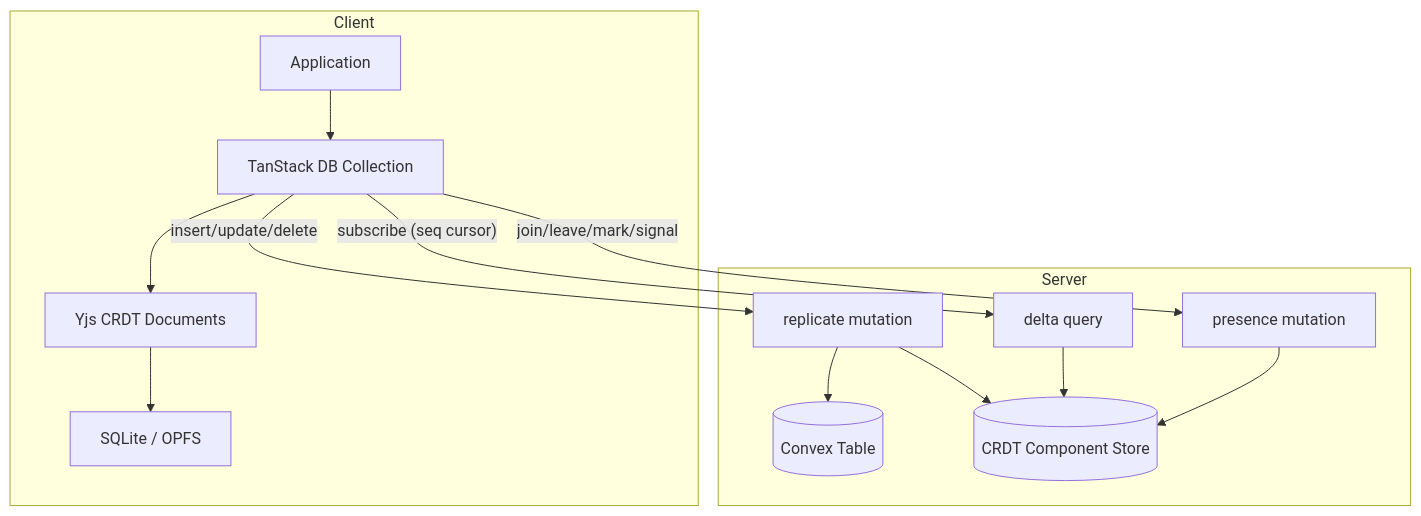
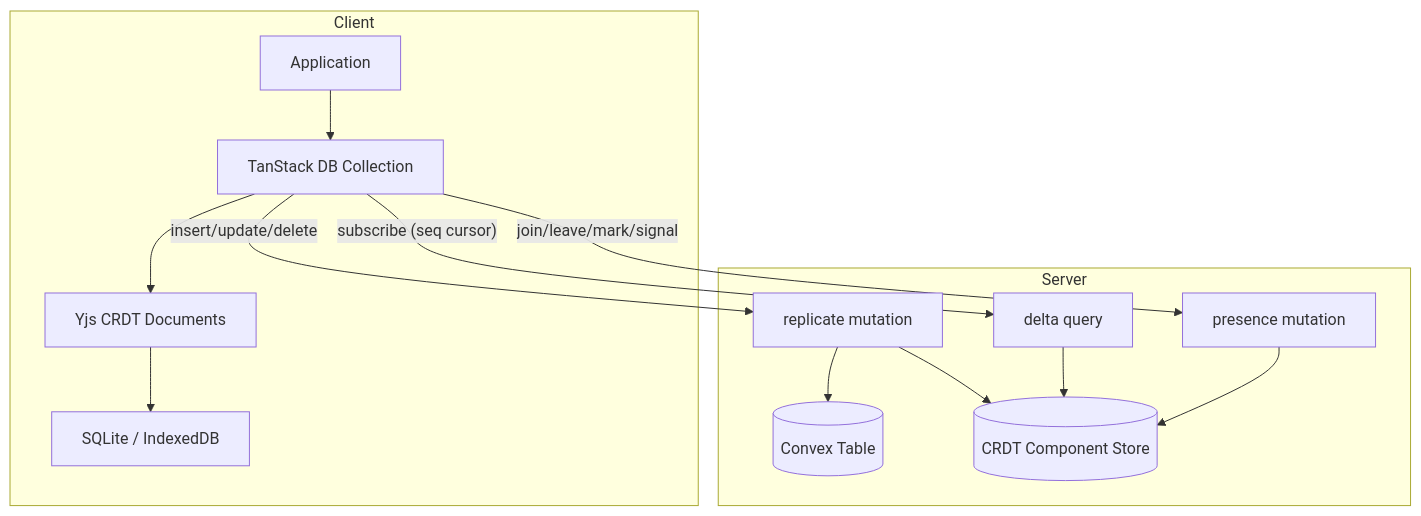
Before and after one commit to trestleinc/replicate: the second of 2 diagrams in README.md, drawn with Mermaid. The commit also changed other lines of this file and 17 other files, not shown here.

````diff
--- a/README.md
+++ b/README.md
@@ -35,30 +35,30 @@
 ```mermaid
 graph TB
     subgraph Client
         App[Application]
         Collection[TanStack DB Collection]
         Yjs[Yjs CRDT Documents]
-        SQLite[SQLite / OPFS]
+        SQLite[SQLite / IndexedDB]
     end
 
     subgraph Server
         Delta[delta query]
         Replicate[replicate mutation]
         Presence[presence mutation]
         Table[(Convex Table)]
         CRDTStore[(CRDT Component Store)]
     end
 
     App --> Collection
     Collection --> Yjs
     Yjs --> SQLite
 
     Collection -- "subscribe (seq cursor)" --> Delta
     Collection -- "insert/update/delete" --> Replicate
     Collection -- "join/leave/mark/signal" --> Presence
 
     Replicate --> Table
     Replicate --> CRDTStore
     Delta --> CRDTStore
     Presence --> CRDTStore
 ```
````
